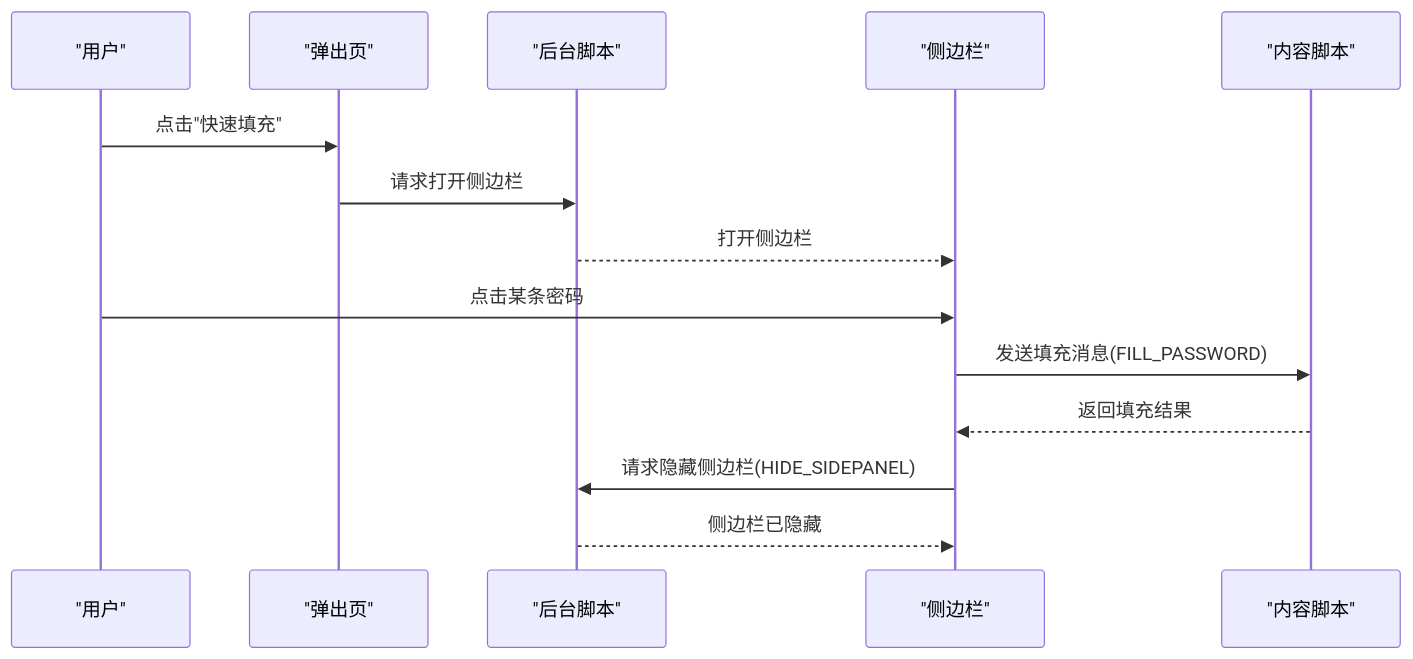
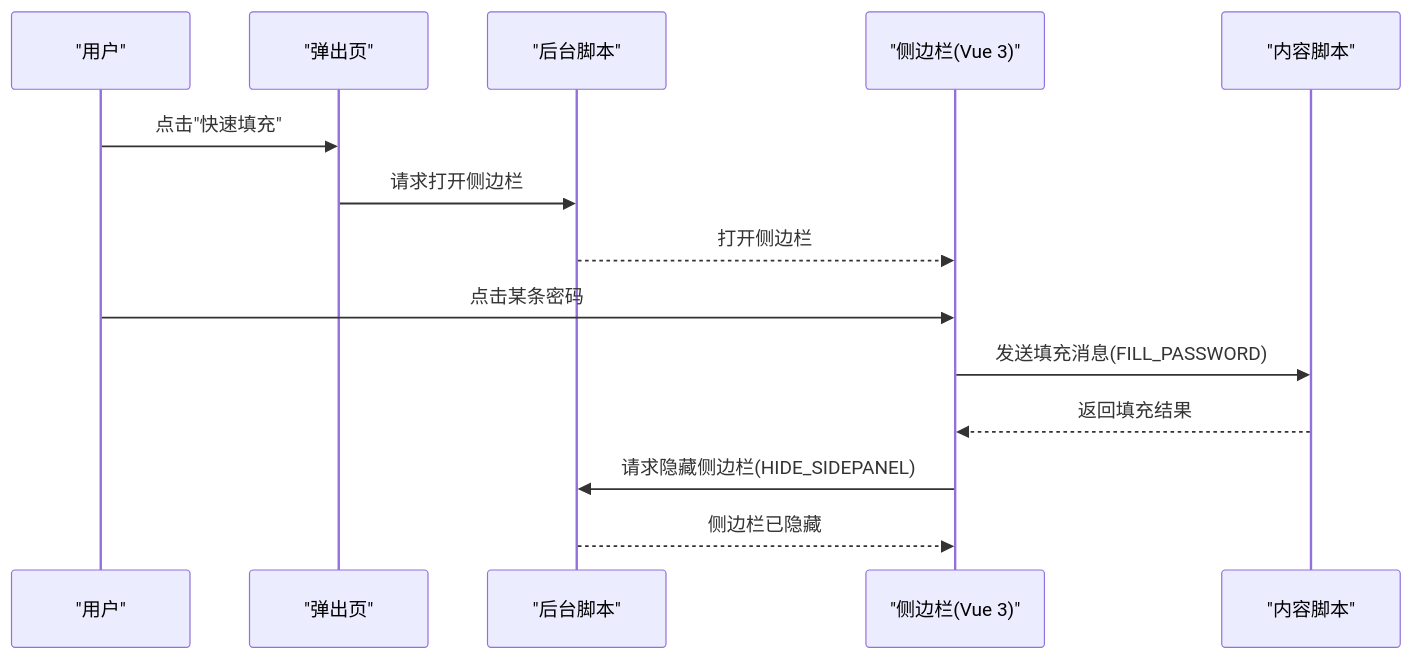
Before and after one commit to liaolongdong/account-password-helper: the second of 7 diagrams in .qoder/repowiki/zh/content/用户界面组件/用户界面组件.md, drawn with Mermaid. The commit also changed other lines of this file and 4 other files, not shown here.

````diff
--- a/.qoder/repowiki/zh/content/用户界面组件/用户界面组件.md
+++ b/.qoder/repowiki/zh/content/用户界面组件/用户界面组件.md
@@ -176,16 +188,16 @@
 ```mermaid
 sequenceDiagram
 participant User as "用户"
 participant Popup as "弹出页"
 participant BG as "后台脚本"
-participant SP as "侧边栏"
+participant SP as "侧边栏(Vue 3)"
 participant CT as "内容脚本"
 User->>Popup : 点击"快速填充"
 Popup->>BG : 请求打开侧边栏
 BG-->>SP : 打开侧边栏
 User->>SP : 点击某条密码
 SP->>CT : 发送填充消息(FILL_PASSWORD)
 CT-->>SP : 返回填充结果
 SP->>BG : 请求隐藏侧边栏(HIDE_SIDEPANEL)
 BG-->>SP : 侧边栏已隐藏
 ```
````
